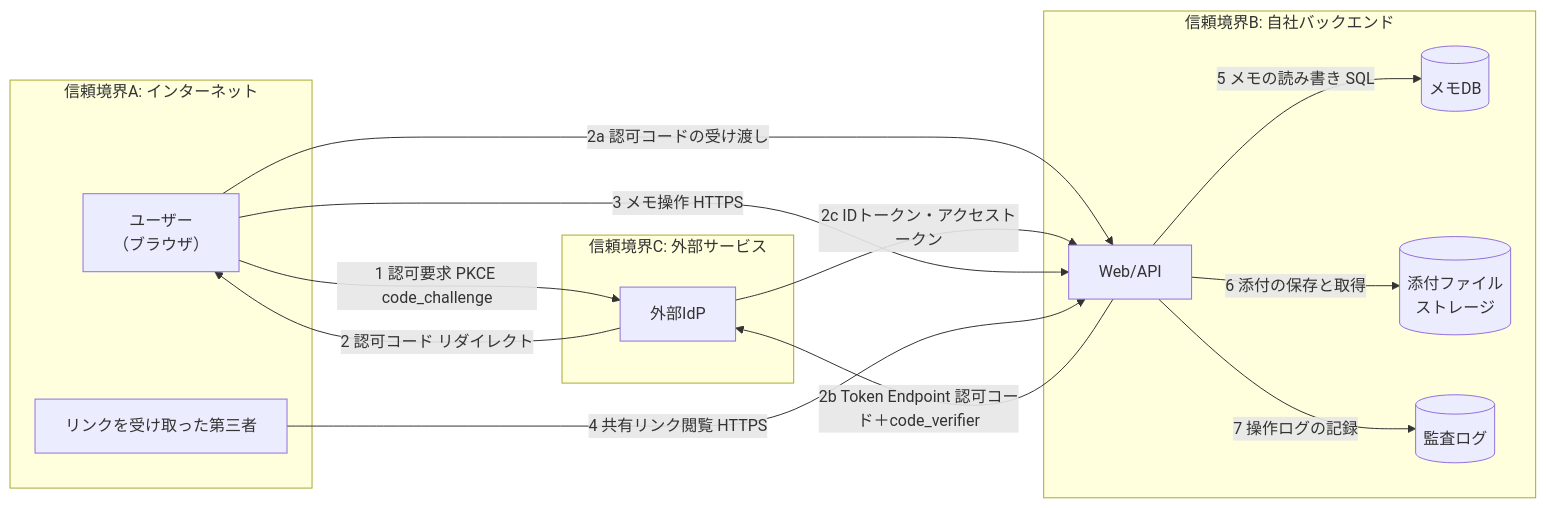
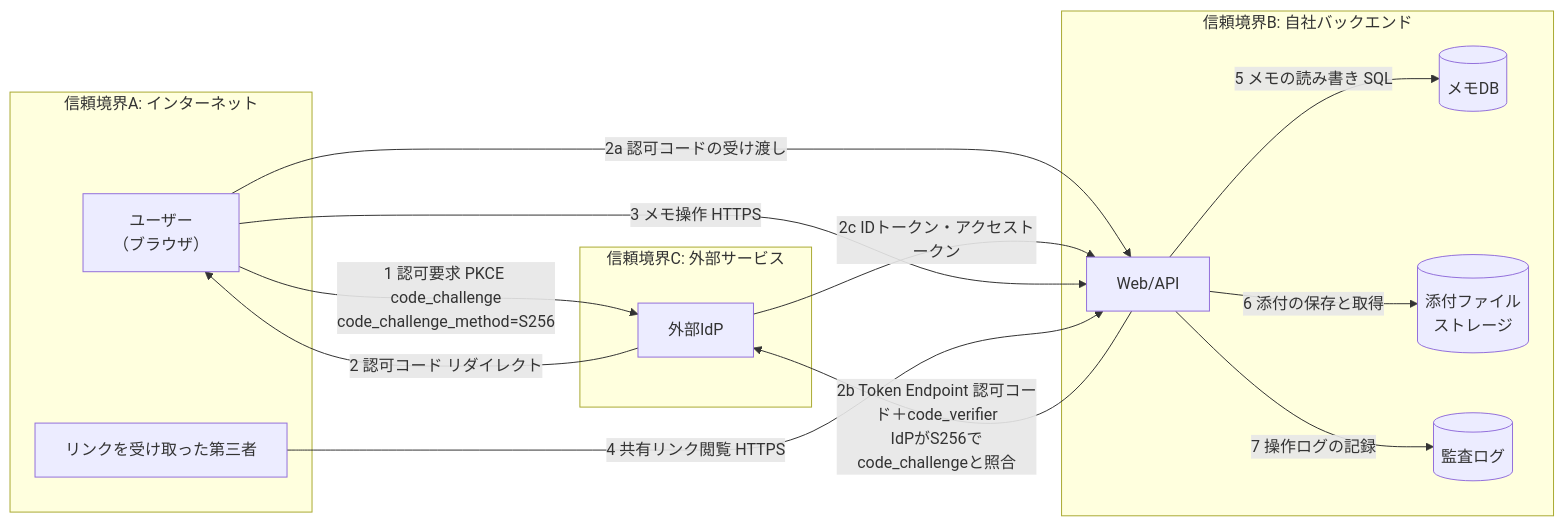
Before and after one commit to myoshi2891/Security_Studies: the sixth of 9 diagrams in Threat-modeling-shostack-guide.md, drawn with Mermaid. The commit also changed other lines of this file, not shown here.

Commit message:
docs(threat-modeling): clarify PKCE S256 verification and TM-002 access token replay threat

````diff
--- a/Threat-modeling-shostack-guide.md
+++ b/Threat-modeling-shostack-guide.md
@@ -567,26 +567,26 @@
 ```mermaid
 flowchart LR
     subgraph NET["信頼境界A: インターネット"]
         U["ユーザー<br/>（ブラウザ）"]
         V["リンクを受け取った第三者"]
     end
     subgraph APP["信頼境界B: 自社バックエンド"]
         API["Web/API"]
         DB[("メモDB")]
         OBJ[("添付ファイル<br/>ストレージ")]
         LOG[("監査ログ")]
     end
     subgraph EXT["信頼境界C: 外部サービス"]
         IDP["外部IdP"]
     end
-    U -->|"1 認可要求 PKCE code_challenge"| IDP
+    U -->|"1 認可要求 PKCE code_challenge<br/>code_challenge_method=S256"| IDP
     IDP -->|"2 認可コード リダイレクト"| U
     U -->|"2a 認可コードの受け渡し"| API
-    API -->|"2b Token Endpoint 認可コード＋code_verifier"| IDP
+    API -->|"2b Token Endpoint 認可コード＋code_verifier<br/>IdPがS256でcode_challengeと照合"| IDP
     IDP -->|"2c IDトークン・アクセストークン"| API
     U -->|"3 メモ操作 HTTPS"| API
     V -->|"4 共有リンク閲覧 HTTPS"| API
     API -->|"5 メモの読み書き SQL"| DB
     API -->|"6 添付の保存と取得"| OBJ
     API -->|"7 操作ログの記録"| LOG
 ```
````
